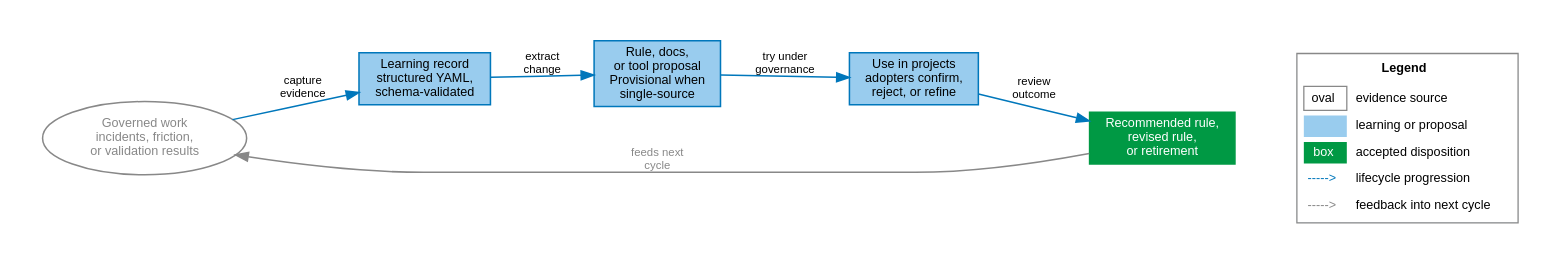
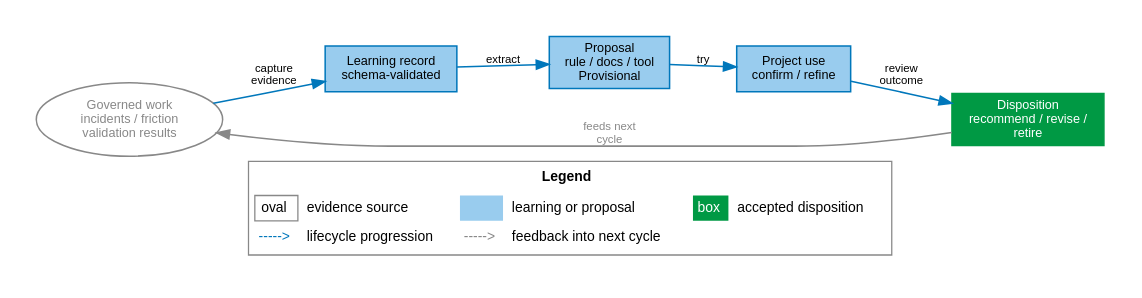
Before and after one commit to janipaijanen/agf-mirror: the diagram in agf/docs/figures/src/learning-loop.dot, drawn with Graphviz. The commit also changed 3 other files, not shown here.

Commit message:
docs: repair learning loop legend layout

```diff
--- a/agf/docs/figures/src/learning-loop.dot
+++ b/agf/docs/figures/src/learning-loop.dot
@@ -1,38 +1,41 @@
 // SPDX-License-Identifier: CC-BY-SA-4.0
 // agents-govern: evidence-driven learning loop
 // Generate: dot -Tsvg learning-loop.dot -o ../learning-loop.svg
 digraph learning_loop {
-    graph [rankdir=LR, splines=spline, pad=0.35, nodesep=0.45, ranksep=0.65,
-           fontname="Helvetica", fontsize=11]
+    graph [rankdir=LR, splines=spline, pad=0.3, nodesep=0.35, ranksep=0.55,
+           fontname="Helvetica", fontsize=11, labelloc=b, label=<
+        <TABLE BORDER="1" CELLBORDER="0" CELLSPACING="4" CELLPADDING="3" COLOR="#888888" BGCOLOR="white">
+            <TR><TD COLSPAN="6"><B>Legend</B></TD></TR>
+            <TR>
+                <TD BORDER="1" COLOR="#888888" WIDTH="28">oval</TD><TD ALIGN="LEFT">evidence source</TD>
+                <TD BGCOLOR="#99CCEE" WIDTH="28"></TD><TD ALIGN="LEFT">learning or proposal</TD>
+                <TD BGCOLOR="#009944" WIDTH="28"><FONT COLOR="white">box</FONT></TD><TD ALIGN="LEFT">accepted disposition</TD>
+            </TR>
+            <TR>
+                <TD><FONT COLOR="#0077BB">-----&gt;</FONT></TD><TD ALIGN="LEFT">lifecycle progression</TD>
+                <TD><FONT COLOR="#888888">-----&gt;</FONT></TD><TD ALIGN="LEFT">feedback into next cycle</TD>
+                <TD></TD><TD></TD>
+            </TR>
+        </TABLE>
+    >]
     node  [fontname="Helvetica", fontsize=10, style=filled, shape=box,
            fillcolor="#99CCEE", color="#0077BB", penwidth=1.2]
     edge  [fontname="Helvetica", fontsize=9, color="#0077BB", penwidth=1.2]
 
-    work [label="Governed work\nincidents, friction,\nor validation results",
+    work [label="Governed work\nincidents / friction\nvalidation results",
           shape=ellipse, fillcolor=white, color="#888888",
           fontcolor="#888888"]
-    record [label="Learning record\nstructured YAML,\nschema-validated"]
-    proposal [label="Rule, docs,\nor tool proposal\nProvisional when\nsingle-source"]
-    use [label="Use in projects\nadopters confirm,\nreject, or refine"]
-    disposition [label="Recommended rule,\nrevised rule,\nor retirement",
+    record [label="Learning record\nschema-validated"]
+    proposal [label="Proposal\nrule / docs / tool\nProvisional"]
+    use [label="Project use\nconfirm / refine"]
+    disposition [label="Disposition\nrecommend / revise /\nretire",
                  fillcolor="#009944", fontcolor=white, color="#009944"]
 
     work -> record [label="capture\nevidence"]
-    record -> proposal [label="extract\nchange"]
-    proposal -> use [label="try under\ngovernance"]
+    record -> proposal [label="extract"]
+    proposal -> use [label="try"]
     use -> disposition [label="review\noutcome"]
     disposition -> work [label="feeds next\ncycle", color="#888888",
                          fontcolor="#888888"]
 
-    legend [shape=plain, label=<
-        <TABLE BORDER="1" CELLBORDER="0" CELLSPACING="4" CELLPADDING="3" COLOR="#888888" BGCOLOR="white">
-            <TR><TD COLSPAN="2"><B>Legend</B></TD></TR>
-            <TR><TD BORDER="1" COLOR="#888888" WIDTH="28">oval</TD><TD ALIGN="LEFT">evidence source</TD></TR>
-            <TR><TD BGCOLOR="#99CCEE" WIDTH="28"></TD><TD ALIGN="LEFT">learning or proposal</TD></TR>
-            <TR><TD BGCOLOR="#009944" WIDTH="28"><FONT COLOR="white">box</FONT></TD><TD ALIGN="LEFT">accepted disposition</TD></TR>
-            <TR><TD><FONT COLOR="#0077BB">-----&gt;</FONT></TD><TD ALIGN="LEFT">lifecycle progression</TD></TR>
-            <TR><TD><FONT COLOR="#888888">-----&gt;</FONT></TD><TD ALIGN="LEFT">feedback into next cycle</TD></TR>
-        </TABLE>
-    >]
-    disposition -> legend [style=invis]
 }
```
